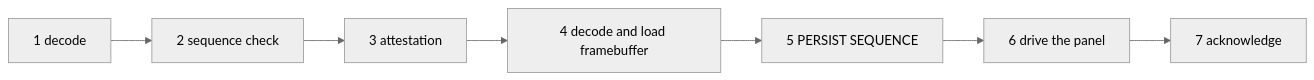
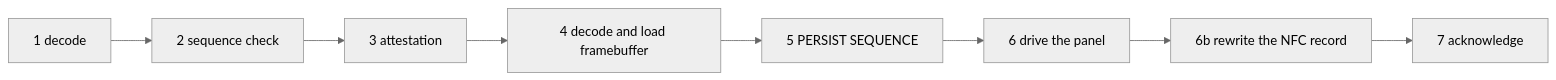
Before and after one commit to udaykishore-resu/usslp-platform: the sixth of 8 diagrams in docs/architecture/04-block-diagrams.md, drawn with Mermaid (neutral theme). The commit also changed other lines of this file and 16 other files, not shown here.

First line of the commit message:
docs: add a diagram index, and audit every diagram against the code

````diff
--- a/docs/architecture/04-block-diagrams.md
+++ b/docs/architecture/04-block-diagrams.md
@@ -245,4 +252,4 @@
 ```mermaid
 flowchart LR
-    d1["1 decode"] --> d2["2 sequence check"] --> d3["3 attestation"] --> d4["4 decode and load framebuffer"] --> d5["5 PERSIST SEQUENCE"] --> d6["6 drive the panel"] --> d7["7 acknowledge"]
+    d1["1 decode"] --> d2["2 sequence check"] --> d3["3 attestation"] --> d4["4 decode and load framebuffer"] --> d5["5 PERSIST SEQUENCE"] --> d6["6 drive the panel"] --> d6b["6b rewrite the NFC record"] --> d7["7 acknowledge"]
 ```
````
